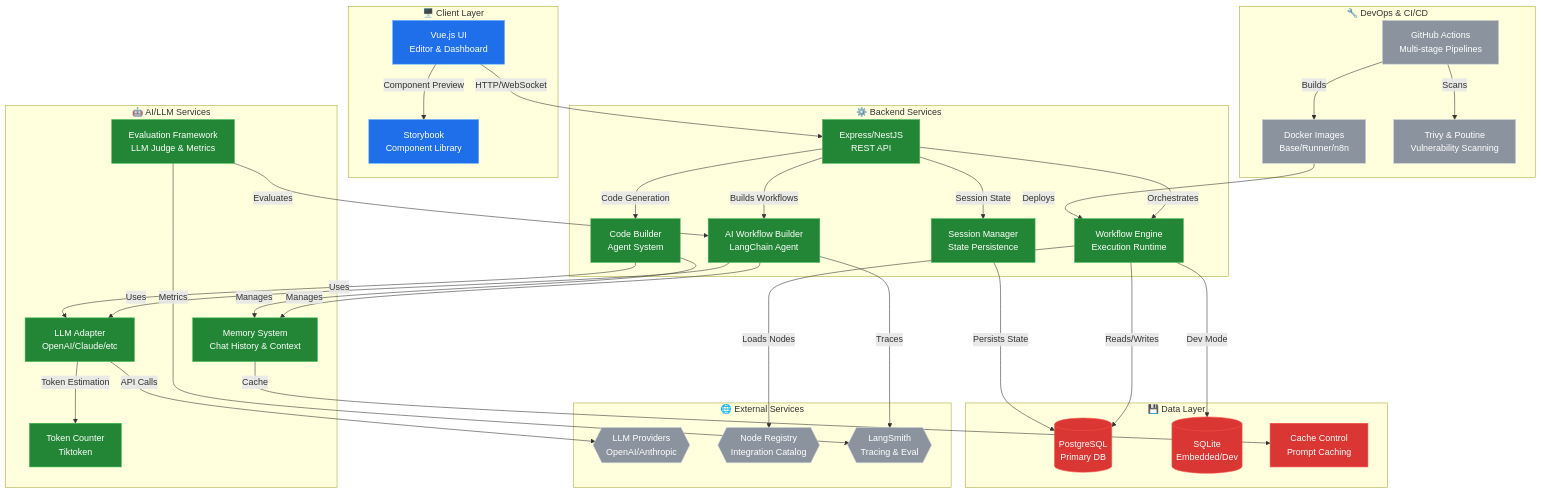
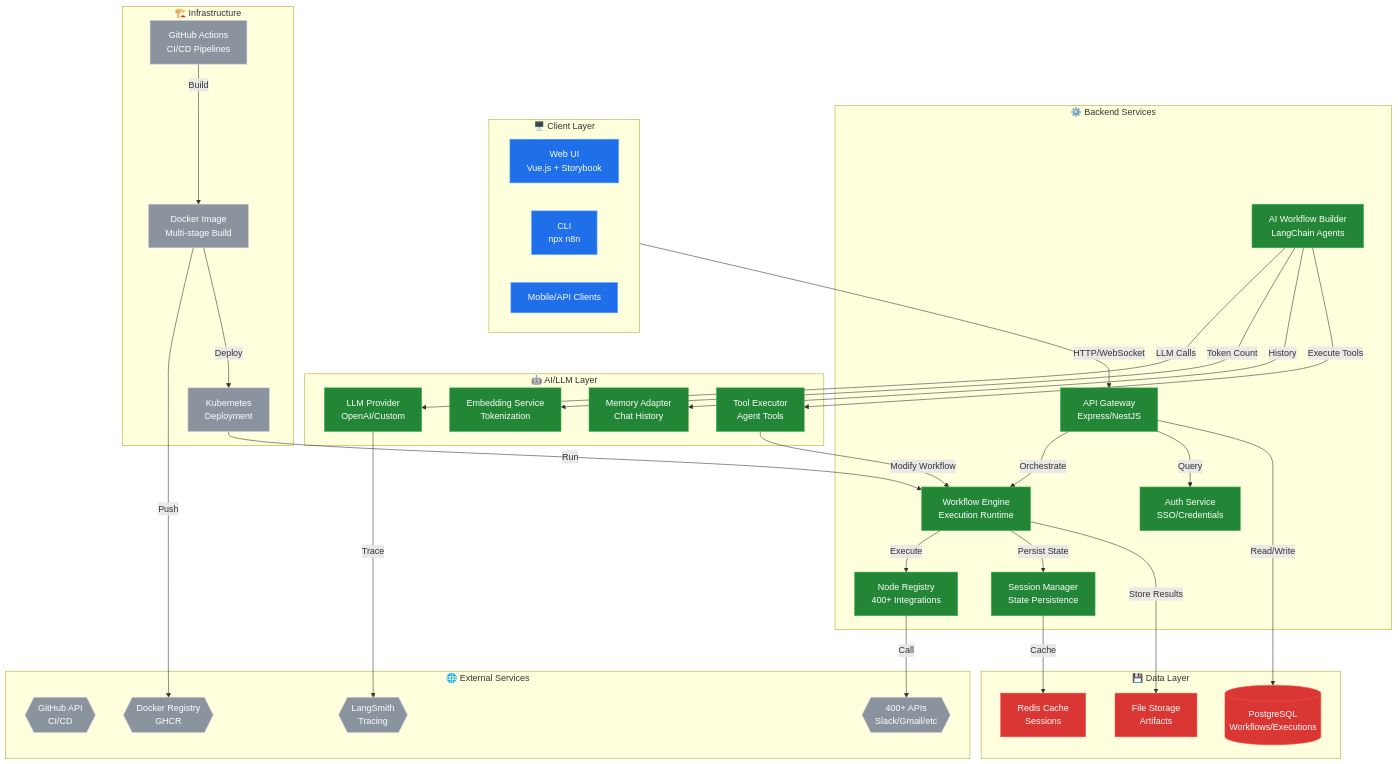
One commit to suryayalavarthi/n8n changed the first of 2 diagrams in README_ARCH.md. Above: the diagram before and after it, drawn with Mermaid. The commit also changed other lines of this file, not shown here.

Commit message:
docs: update system blueprint (2026-02-12)

````diff
--- a/README_ARCH.md
+++ b/README_ARCH.md
@@ -19,90 +23,96 @@
 ```mermaid
 flowchart TD
     subgraph Client["🖥️ Client Layer"]
-        UI["Vue.js UI<br/>Editor & Dashboard"]
-        Storybook["Storybook<br/>Component Library"]
+        WebUI["Web UI<br/>Vue.js + Storybook"]
+        CLI["CLI<br/>npx n8n"]
+        MobileApp["Mobile/API Clients"]
     end
 
     subgraph Server["⚙️ Backend Services"]
-        API["Express/NestJS<br/>REST API"]
+        APIGateway["API Gateway<br/>Express/NestJS"]
         WorkflowEngine["Workflow Engine<br/>Execution Runtime"]
-        AIBuilder["AI Workflow Builder<br/>LangChain Agent"]
-        CodeBuilder["Code Builder<br/>Agent System"]
+        AIBuilder["AI Workflow Builder<br/>LangChain Agents"]
+        NodeRegistry["Node Registry<br/>400+ Integrations"]
+        AuthService["Auth Service<br/>SSO/Credentials"]
         SessionMgr["Session Manager<br/>State Persistence"]
     end
 
-    subgraph AIServices["🤖 AI/LLM Services"]
-        LLMAdapter["LLM Adapter<br/>OpenAI/Claude/etc"]
-        MemorySystem["Memory System<br/>Chat History & Context"]
-        TokenCounter["Token Counter<br/>Tiktoken"]
-        EvalFramework["Evaluation Framework<br/>LLM Judge & Metrics"]
+    subgraph AILayer["🤖 AI/LLM Layer"]
+        LLMProvider["LLM Provider<br/>OpenAI/Custom"]
+        EmbeddingService["Embedding Service<br/>Tokenization"]
+        MemoryAdapter["Memory Adapter<br/>Chat History"]
+        ToolExecutor["Tool Executor<br/>Agent Tools"]
     end
 
-    subgraph DataLayer["💾 Data Layer"]
-        PostgreSQL[("PostgreSQL<br/>Primary DB")]
-        SQLite[("SQLite<br/>Embedded/Dev")]
-        Cache["Cache Control<br/>Prompt Caching"]
+    subgraph Data["💾 Data Layer"]
+        PostgresDB[("PostgreSQL<br/>Workflows/Executions")]
+        RedisCache["Redis Cache<br/>Sessions"]
+        FileStorage["File Storage<br/>Artifacts"]
     end
 
-    subgraph ExternalServices["🌐 External Services"]
-        LLMProviders{{"LLM Providers<br/>OpenAI/Anthropic"}}
-        NodeRegistry{{"Node Registry<br/>Integration Catalog"}}
-        LangSmith{{"LangSmith<br/>Tracing & Eval"}}
+    subgraph External["🌐 External Services"]
+        GithubAPI{{"GitHub API<br/>CI/CD"}}
+        DockerRegistry{{"Docker Registry<br/>GHCR"}}
+        LangSmith{{"LangSmith<br/>Tracing"}}
+        IntegrationAPIs{{"400+ APIs<br/>Slack/Gmail/etc"}}
     end
 
-    subgraph DevOps["🔧 DevOps & CI/CD"]
-        GHActions["GitHub Actions<br/>Multi-stage Pipelines"]
-        Docker["Docker Images<br/>Base/Runner/n8n"]
-        SecurityScan["Trivy & Poutine<br/>Vulnerability Scanning"]
+    subgraph Infra["🏗️ Infrastructure"]
+        DockerImage["Docker Image<br/>Multi-stage Build"]
+        K8sDeployment["Kubernetes<br/>Deployment"]
+        GitHubActions["GitHub Actions<br/>CI/CD Pipelines"]
     end
 
-    UI -->|HTTP/WebSocket| API
-    UI -->|Component Preview| Storybook
-    API -->|Orchestrates| WorkflowEngine
-    API -->|Builds Workflows| AIBuilder
-    API -->|Code Generation| CodeBuilder
-    API -->|Session State| SessionMgr
+    Client -->|HTTP/WebSocket| APIGateway
+    APIGateway -->|Orchestrate| WorkflowEngine
+    APIGateway -->|Query| AuthService
+    WorkflowEngine -->|Execute| NodeRegistry
+    WorkflowEngine -->|Persist State| SessionMgr
     
-    AIBuilder -->|Uses| LLMAdapter
-    CodeBuilder -->|Uses| LLMAdapter
-    AIBuilder -->|Manages| MemorySystem
-    CodeBuilder -->|Manages| MemorySystem
-    LLMAdapter -->|Token Estimation| TokenCounter
+    AIBuilder -->|LLM Calls| LLMProvider
+    AIBuilder -->|Token Count| EmbeddingService
+    AIBuilder -->|History| MemoryAdapter
+    AIBuilder -->|Execute Tools| ToolExecutor
+    ToolExecutor -->|Modify Workflow| WorkflowEngine
     
-    EvalFramework -->|Evaluates| AIBuilder
-    EvalFramework -->|Metrics| LangSmith
+    APIGateway -->|Read/Write| PostgresDB
+    SessionMgr -->|Cache| RedisCache
+    WorkflowEngine -->|Store Results| FileStorage
     
-    WorkflowEngine -->|Reads/Writes| PostgreSQL
-    SessionMgr -->|Persists State| PostgreSQL
-    WorkflowEngine -->|Dev Mode| SQLite
-    MemorySystem -->|Cache| Cache
+    NodeRegistry -->|Call| IntegrationAPIs
+    LLMProvider -->|Trace| LangSmith
     
-    LLMAdapter -->|API Calls| LLMProviders
-    WorkflowEngine -->|Loads Nodes| NodeRegistry
-    AIBuilder -->|Traces| LangSmith
+    GitHubActions -->|Build| DockerImage
+    DockerImage -->|Push| DockerRegistry
+    DockerImage -->|Deploy| K8sDeployment
+    K8sDeployment -->|Run| WorkflowEngine
+
+    style WebUI fill:#1f6feb,stroke:#58a6ff,color:#fff
+    style CLI fill:#1f6feb,stroke:#58a6ff,color:#fff
+    style MobileApp fill:#1f6feb,stroke:#58a6ff,color:#fff
     
-    GHActions -->|Builds| Docker
-    GHActions -->|Scans| SecurityScan
-    Docker -->|Deploys| WorkflowEngine
-
-    style UI fill:#1f6feb,stroke:#58a6ff,color:#fff
-    style Storybook fill:#1f6feb,stroke:#58a6ff,color:#fff
-    style API fill:#238636,stroke:#3fb950,color:#fff
+    style APIGateway fill:#238636,stroke:#3fb950,color:#fff
     style WorkflowEngine fill:#238636,stroke:#3fb950,color:#fff
     style AIBuilder fill:#238636,stroke:#3fb950,color:#fff
-    style CodeBuilder fill:#238636,stroke:#3fb950,color:#fff
+    style NodeRegistry fill:#238636,stroke:#3fb950,color:#fff
+    style AuthService fill:#238636,stroke:#3fb950,color:#fff
     style SessionMgr fill:#238636,stroke:#3fb950,color:#fff
-    style LLMAdapter fill:#238636,stroke:#3fb950,color:#fff
-    style MemorySystem fill:#238636,stroke:#3fb950,color:#fff
-    style TokenCounter fill:#238636,stroke:#3fb950,color:#fff
-    style EvalFramework fill:#238636,stroke:#3fb950,color:#fff
-    style PostgreSQL fill:#da3633,stroke:#f85149,color:#fff
-    style SQLite fill:#da3633,stroke:#f85149,color:#fff
-    style Cache fill:#da3633,stroke:#f85149,color:#fff
-    style LLMProviders fill:#8b949e,stroke:#c9d1d9,color:#fff
-    style NodeRegistry fill:#8b949e,stroke:#c9d1d9,color:#fff
+    
+    style LLMProvider fill:#238636,stroke:#3fb950,color:#fff
+    style EmbeddingService fill:#238636,stroke:#3fb950,color:#fff
+    style MemoryAdapter fill:#238636,stroke:#3fb950,color:#fff
+    style ToolExecutor fill:#238636,stroke:#3fb950,color:#fff
+    
+    style PostgresDB fill:#da3633,stroke:#f85149,color:#fff
+    style RedisCache fill:#da3633,stroke:#f85149,color:#fff
+    style FileStorage fill:#da3633,stroke:#f85149,color:#fff
+    
+    style GithubAPI fill:#8b949e,stroke:#c9d1d9,color:#fff
+    style DockerRegistry fill:#8b949e,stroke:#c9d1d9,color:#fff
     style LangSmith fill:#8b949e,stroke:#c9d1d9,color:#fff
-    style GHActions fill:#8b949e,stroke:#c9d1d9,color:#fff
-    style Docker fill:#8b949e,stroke:#c9d1d9,color:#fff
-    style SecurityScan fill:#8b949e,stroke:#c9d1d9,color:#fff
+    style IntegrationAPIs fill:#8b949e,stroke:#c9d1d9,color:#fff
+    
+    style DockerImage fill:#8b949e,stroke:#c9d1d9,color:#fff
+    style K8sDeployment fill:#8b949e,stroke:#c9d1d9,color:#fff
+    style GitHubActions fill:#8b949e,stroke:#c9d1d9,color:#fff
 ```
````
